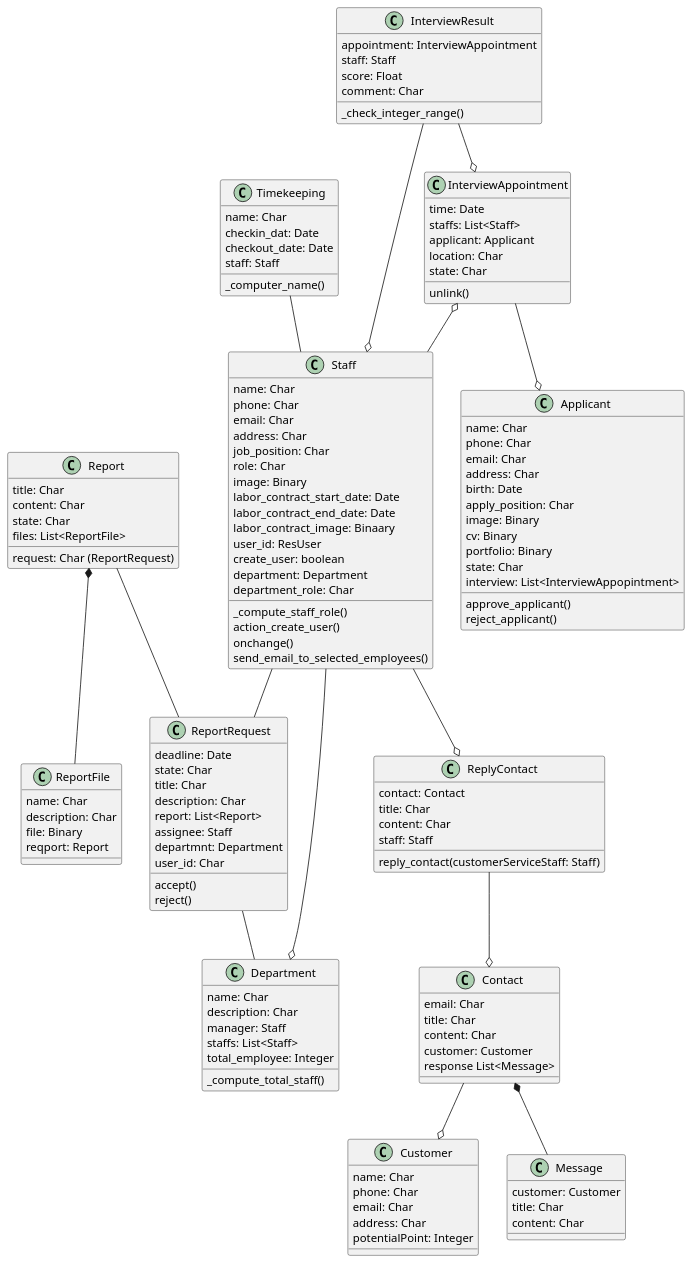
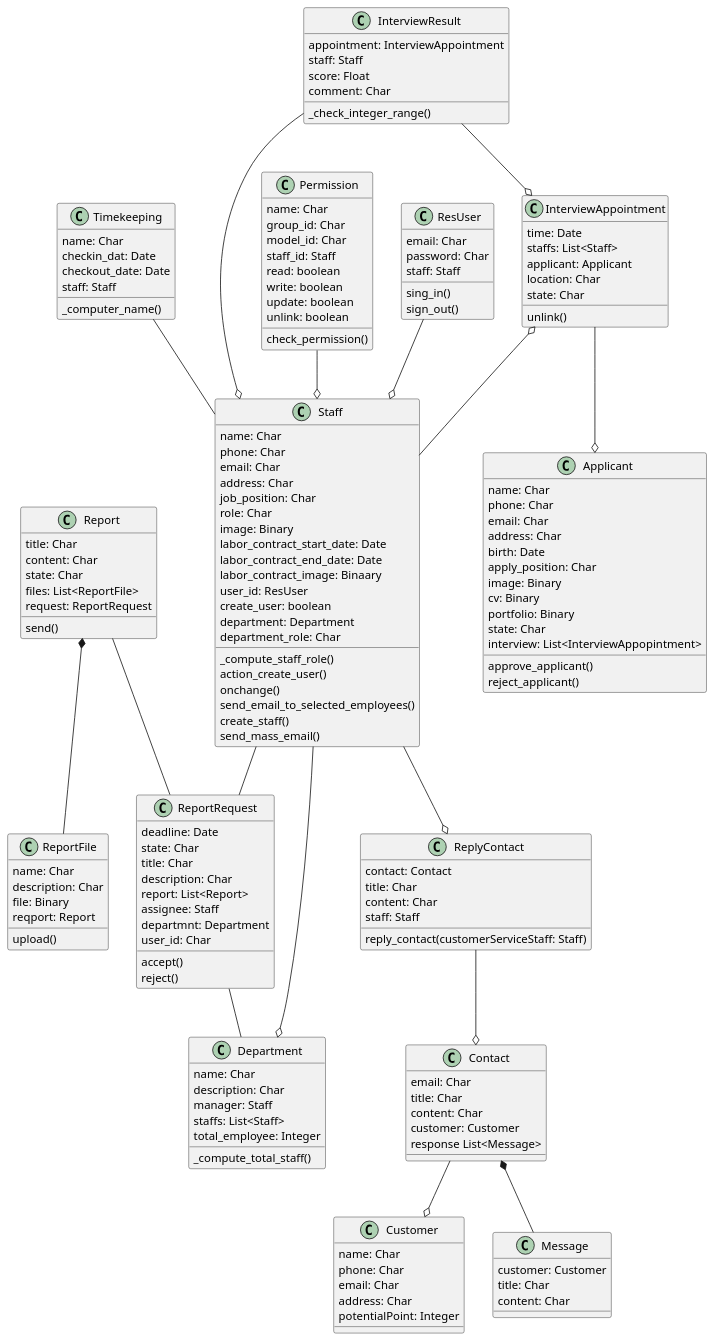
Before and after one commit to bthZang/SE357.O12.PMCL-practice: the diagram in Lab1.2/Class diagram/Class diagram.puml, drawn with PlantUML.

Commit message:
Update Class diagram.puml

```diff
--- a/Lab1.2/Class diagram/Class diagram.puml
+++ b/Lab1.2/Class diagram/Class diagram.puml
@@ -1,147 +1,173 @@
 @startuml
 class Staff {
 name: Char
 phone: Char
 email: Char
 address: Char
 job_position: Char
 role: Char
 image: Binary
 labor_contract_start_date: Date
 labor_contract_end_date: Date
 labor_contract_image: Binaary
 user_id: ResUser
 create_user: boolean
 department: Department
 department_role: Char
 _compute_staff_role()
 action_create_user()
 onchange()
 send_email_to_selected_employees()
+create_staff()
+send_mass_email()
 }
 
 class Timekeeping {
 name: Char
 checkin_dat: Date
 checkout_date: Date
 staff: Staff
 _computer_name()
 }
 
 class Department {
 name: Char
 description: Char
 manager: Staff
 staffs: List<Staff>
 total_employee: Integer 
 _compute_total_staff()
 }
 
 class ReportRequest {
 deadline: Date
 state: Char
 title: Char
 description: Char
 report: List<Report>
 assignee: Staff
 departmnt: Department
 user_id: Char
 accept()
 reject()
 }
 
 class ReportFile {
 name: Char
 description: Char
 file: Binary
 reqport: Report
+upload()
 }
 
 class Report {
 title: Char
 content: Char
 state: Char
 files: List<ReportFile>
-request: Char (ReportRequest)
+request: ReportRequest
+send()
 }
 
 class InterviewResult {
 appointment: InterviewAppointment
 staff: Staff
 score: Float
 comment: Char
 _check_integer_range()
 }
 
 class InterviewAppointment {
 time: Date
 staffs: List<Staff>
 applicant: Applicant
 location: Char
 state: Char
 unlink()
 }
 
 class Applicant {
 name: Char
 phone: Char
 email: Char
 address: Char
 birth: Date
 apply_position: Char
 image: Binary
 cv: Binary
 portfolio: Binary
 state: Char
 interview: List<InterviewAppopintment>
 approve_applicant()
 reject_applicant()
 }
 
 class Contact {
 email: Char
 title: Char
 content: Char
 customer: Customer
 response List<Message>
 }
 
 class Customer {
 name: Char
 phone: Char
 email: Char
 address: Char
 potentialPoint: Integer
 }
 
 class Message {
 customer: Customer
 title: Char
 content: Char
 }
 
 class ReplyContact {
 contact: Contact
 title: Char
 content: Char
 staff: Staff
 reply_contact(customerServiceStaff: Staff)
 }
 
+class Permission {
+name: Char
+group_id: Char
+model_id: Char
+staff_id: Staff
+read: boolean
+write: boolean
+update: boolean
+unlink: boolean
+check_permission()
+}
+
+class ResUser {
+email: Char
+password: Char
+staff: Staff
+sing_in()
+sign_out()
+}
+
 
 Timekeeping -- Staff
 Staff --o Department
 Staff -- ReportRequest
 ReportRequest -- Department
 Report *-- ReportFile
 Report -- ReportRequest
 InterviewAppointment o-- Staff
 InterviewResult --o Staff
 InterviewResult --o InterviewAppointment
 InterviewAppointment --o Applicant
 Staff --o ReplyContact
 ReplyContact --o Contact
 Contact --o Customer
 Contact *-- Message
+Permission --o Staff
+ResUser --o Staff
 
 @enduml
```
